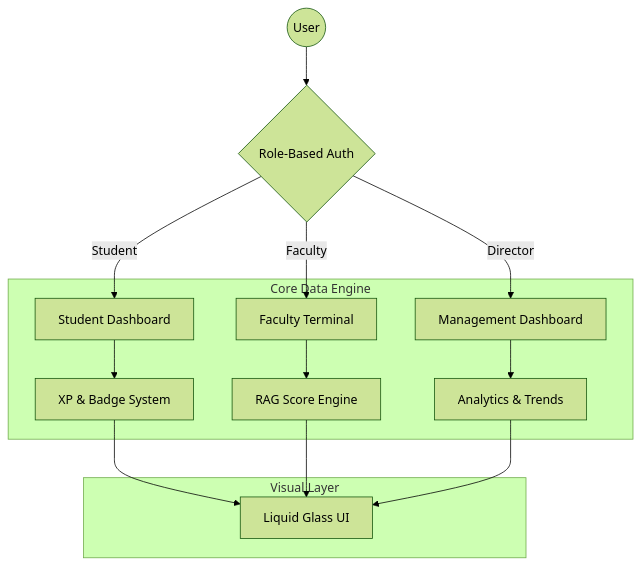
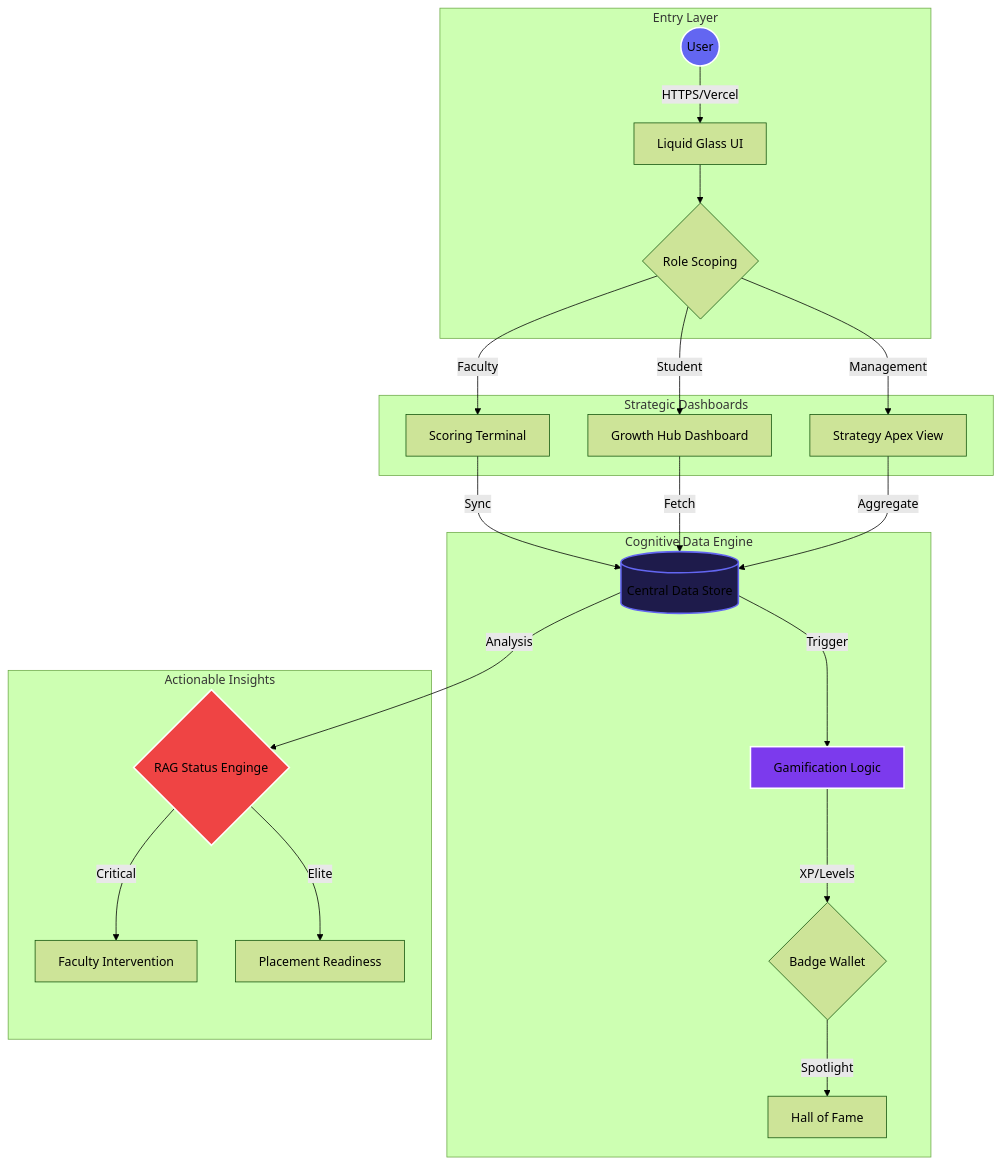
The diagram in README.md (raunitx-02/IOI-Career-Excellence-OS), drawn with Mermaid (forest theme) before and after one commit. The commit also changed other lines of this file, not shown here.

Commit message:
📝 Update README: Correct author name and enhance architecture diagram

````diff
--- a/README.md
+++ b/README.md
@@ -21,19 +21,34 @@
 ```mermaid
 graph TD
-    User((User)) --> Auth{Role-Based Auth}
-    Auth -->|Student| SD[Student Dashboard]
-    Auth -->|Faculty| FD[Faculty Terminal]
-    Auth -->|Director| MD[Management Dashboard]
-
-    subgraph "Core Data Engine"
-        SD --> XP[XP & Badge System]
-        FD --> RS[RAG Score Engine]
-        MD --> AT[Analytics & Trends]
+    subgraph "Entry Layer"
+        User((User)) -->|HTTPS/Vercel| UI[Liquid Glass UI]
+        UI --> Auth{Role Scoping}
     end
 
-    subgraph "Visual Layer"
-        XP --> LG[Liquid Glass UI]
-        RS --> LG
-        AT --> LG
+    subgraph "Strategic Dashboards"
+        Auth -->|Student| S_Hub[Growth Hub Dashboard]
+        Auth -->|Faculty| F_Term[Scoring Terminal]
+        Auth -->|Management| M_Apex[Strategy Apex View]
     end
+
+    subgraph "Cognitive Data Engine"
+        F_Term -->|Sync| DS[(Central Data Store)]
+        S_Hub -->|Fetch| DS
+        M_Apex -->|Aggregate| DS
+        
+        DS -->|Trigger| Game[Gamification Logic]
+        Game -->|XP/Levels| Badges{Badge Wallet}
+        Badges -->|Spotlight| HOF[Hall of Fame]
+    end
+
+    subgraph "Actionable Insights"
+        DS -->|Analysis| RAG{RAG Status Enginge}
+        RAG -->|Critical| Alerts[Faculty Intervention]
+        RAG -->|Elite| PL[Placement Readiness]
+    end
+
+    style User fill:#6366f1,stroke:#fff,stroke-width:2px
+    style DS fill:#1e1b4b,stroke:#6366f1,stroke-width:2px
+    style Game fill:#7c3aed,stroke:#fff,stroke-width:2px
+    style RAG fill:#ef4444,stroke:#fff,stroke-width:2px
 ```
````
